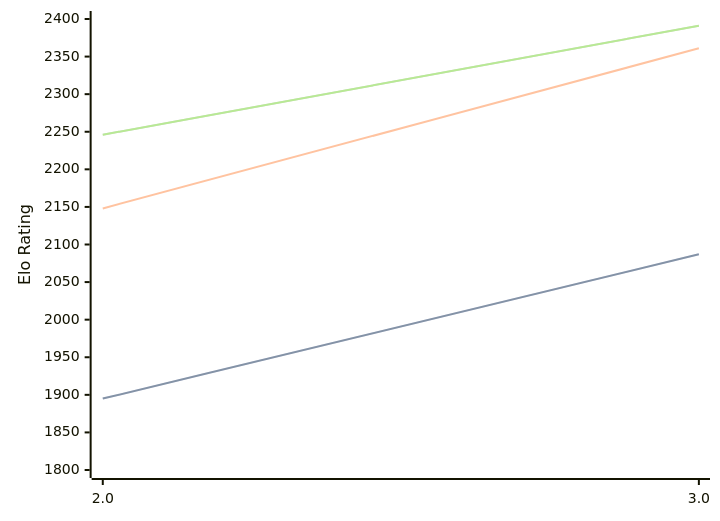
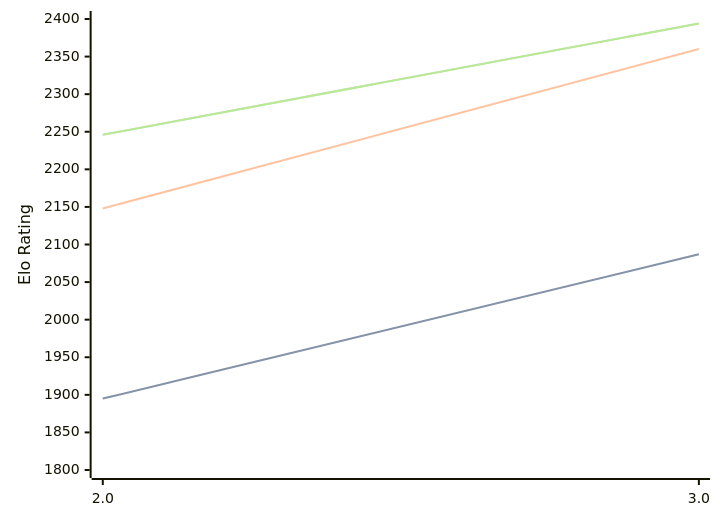
Before and after one commit to computer-chess-index/cci: the diagram in engines/Zeno.md, drawn with Mermaid. The commit also changed other lines of this file, not shown here.

Commit message:
Update CCI Ratings (ELO VLTC) - 2026-08-19

````diff
--- a/engines/Zeno.md
+++ b/engines/Zeno.md
@@ -32,11 +32,11 @@
 ```mermaid
 %%{init: {"theme":"base","themeVariables":{"seriesColors:['#a3a3a3','#222221','#faa371']}}}%%
 xychart-beta
   x-axis ["2.0", "3.0"]
   y-axis "Elo Rating" 1800 --> 2400
   line "STC (8.0+0.08s)" [1895, 2087]
   line "STC (8.0+0.08s)" [1895, 2087]
-  line "LTC (60.0+0.60s)" [2148, 2361]
-  line "VLTC (2m24s+1.12s)" [2246, 2391]
-  line "VLTC (2m24s+1.12s)" [2246, 2391]
+  line "LTC (60.0+0.60s)" [2148, 2360]
+  line "VLTC (2m24s+1.12s)" [2246, 2394]
+  line "VLTC (2m24s+1.12s)" [2246, 2394]
 ```
````
